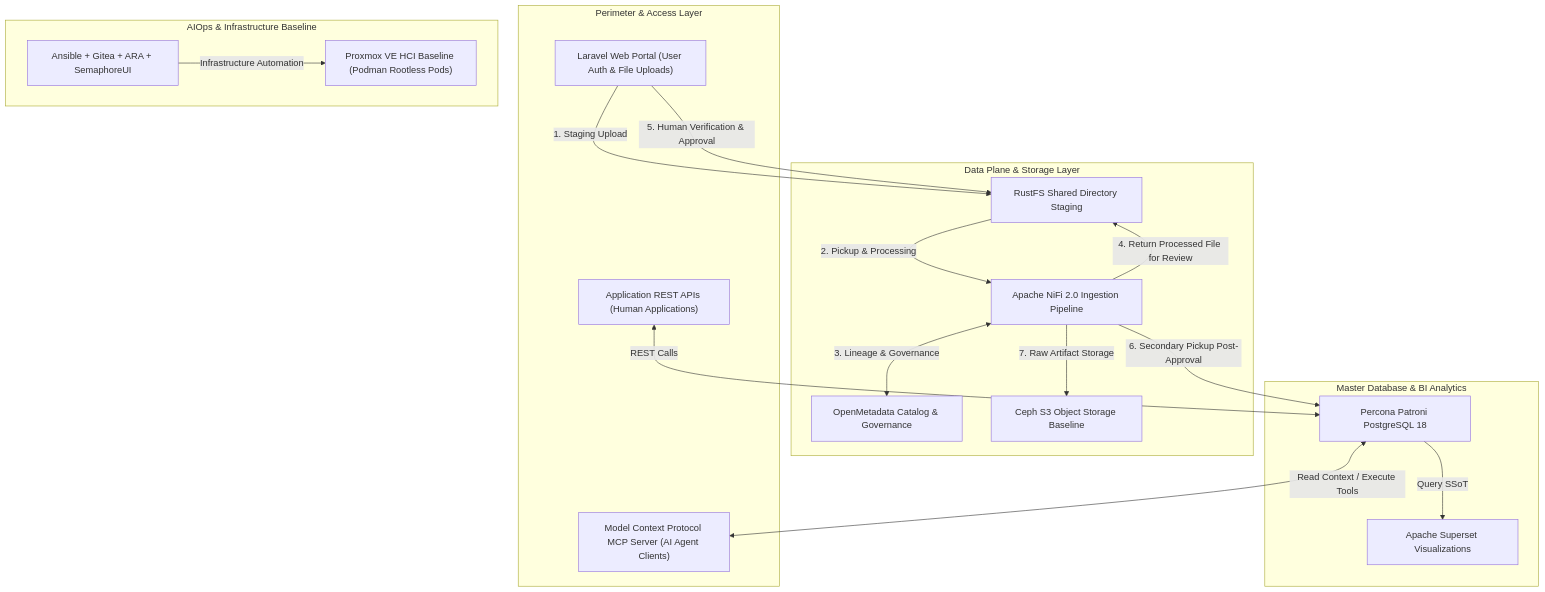
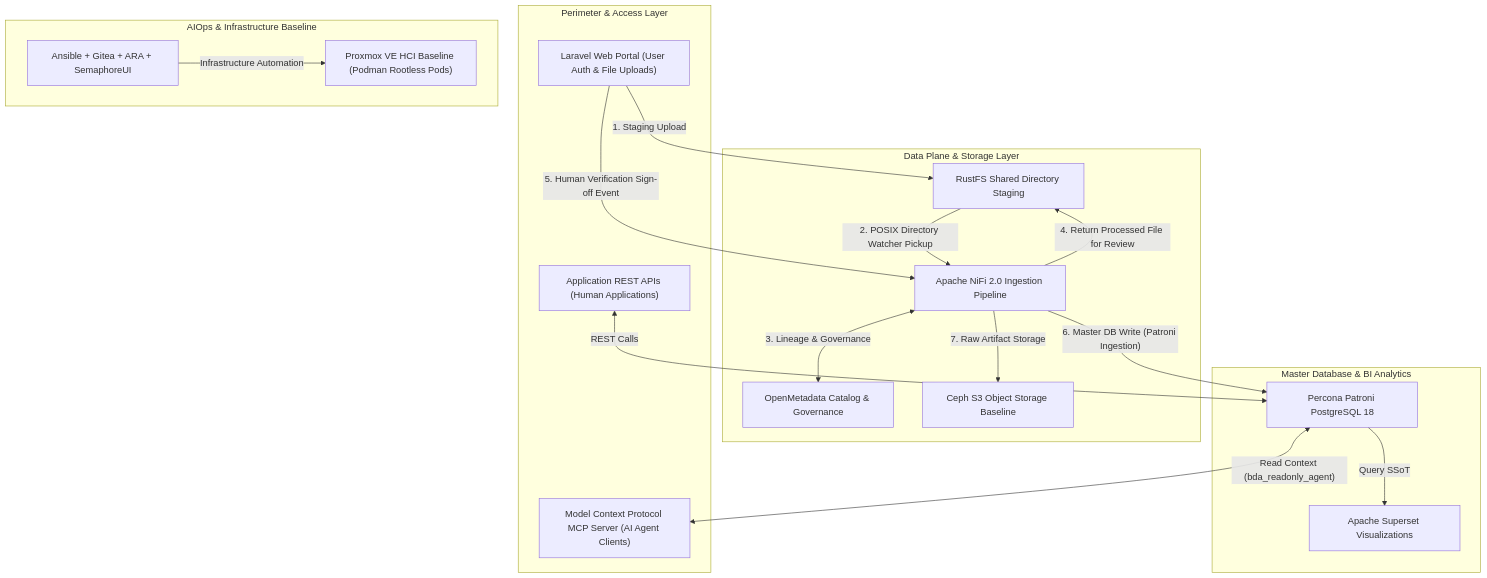
Before and after one commit to linuxmalaysia/bda-ai-infra: the diagram in README.md, drawn with Mermaid. The commit also changed other lines of this file and 2 other files, not shown here.

Commit message:
Address PR review comments for Human-AI quarantine architecture

````diff
--- a/README.md
+++ b/README.md
@@ -119,37 +118,37 @@
 ```mermaid
 flowchart TD
     subgraph Clients ["Perimeter & Access Layer"]
         Laravel["Laravel Web Portal (User Auth & File Uploads)"]
         RestAPI["Application REST APIs (Human Applications)"]
         MCP["Model Context Protocol MCP Server (AI Agent Clients)"]
     end
 
     subgraph DataPlane ["Data Plane & Storage Layer"]
         RustFS["RustFS Shared Directory Staging"]
         NiFi["Apache NiFi 2.0 Ingestion Pipeline"]
         OpenMetadata["OpenMetadata Catalog & Governance"]
         Ceph["Ceph S3 Object Storage Baseline"]
     end
 
     subgraph CoreDB ["Master Database & BI Analytics"]
         Postgres["Percona Patroni PostgreSQL 18"]
         Superset["Apache Superset Visualizations"]
     end
 
     subgraph ControlPlane ["AIOps & Infrastructure Baseline"]
         AIOps["Ansible + Gitea + ARA + SemaphoreUI"]
         Proxmox["Proxmox VE HCI Baseline (Podman Rootless Pods)"]
     end
 
     Laravel -->|"1. Staging Upload"| RustFS
-    RustFS -->|"2. Pickup & Processing"| NiFi
+    RustFS -->|"2. POSIX Directory Watcher Pickup"| NiFi
     NiFi <-->|"3. Lineage & Governance"| OpenMetadata
     NiFi -->|"4. Return Processed File for Review"| RustFS
-    Laravel -->|"5. Human Verification & Approval"| RustFS
-    NiFi -->|"6. Secondary Pickup Post-Approval"| Postgres
+    Laravel -->|"5. Human Verification Sign-off Event"| NiFi
+    NiFi -->|"6. Master DB Write (Patroni Ingestion)"| Postgres
     NiFi -->|"7. Raw Artifact Storage"| Ceph
     Postgres -->|"Query SSoT"| Superset
-    Postgres <-->|"Read Context / Execute Tools"| MCP
+    Postgres <-->|"Read Context (bda_readonly_agent)"| MCP
     RestAPI <-->|"REST Calls"| Postgres
     AIOps -->|"Infrastructure Automation"| Proxmox
 ```
````
